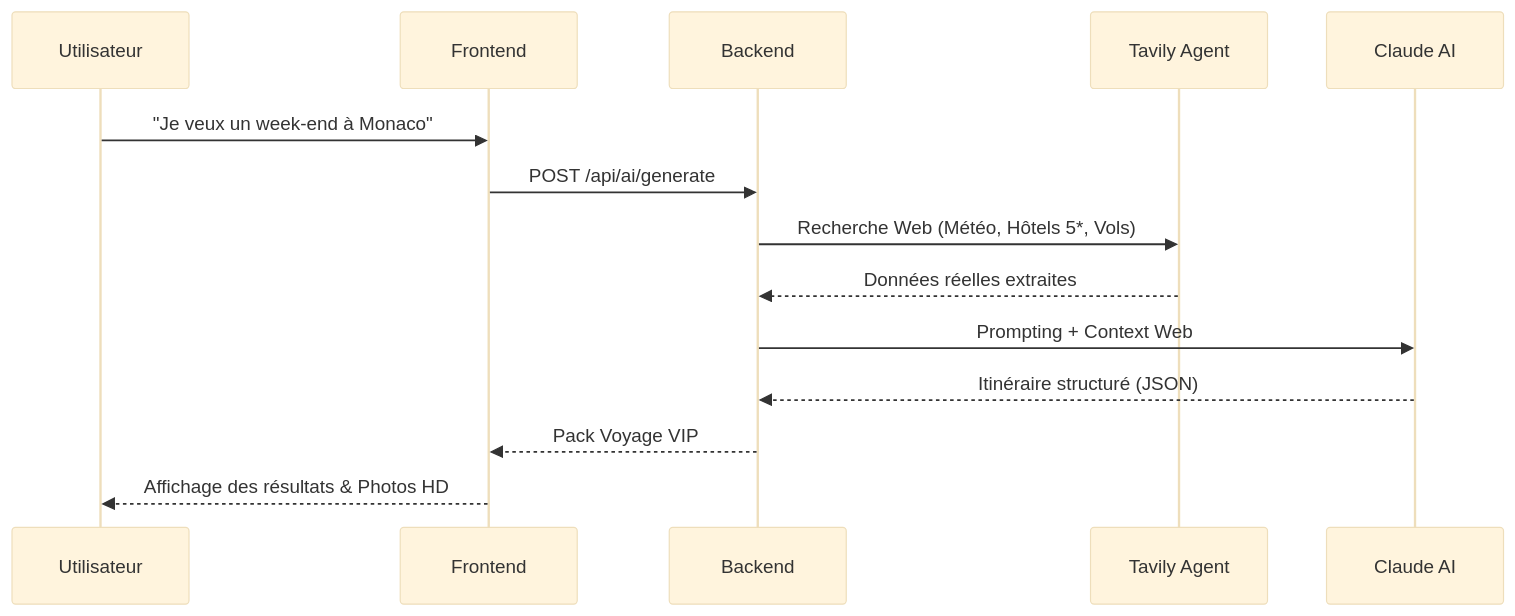
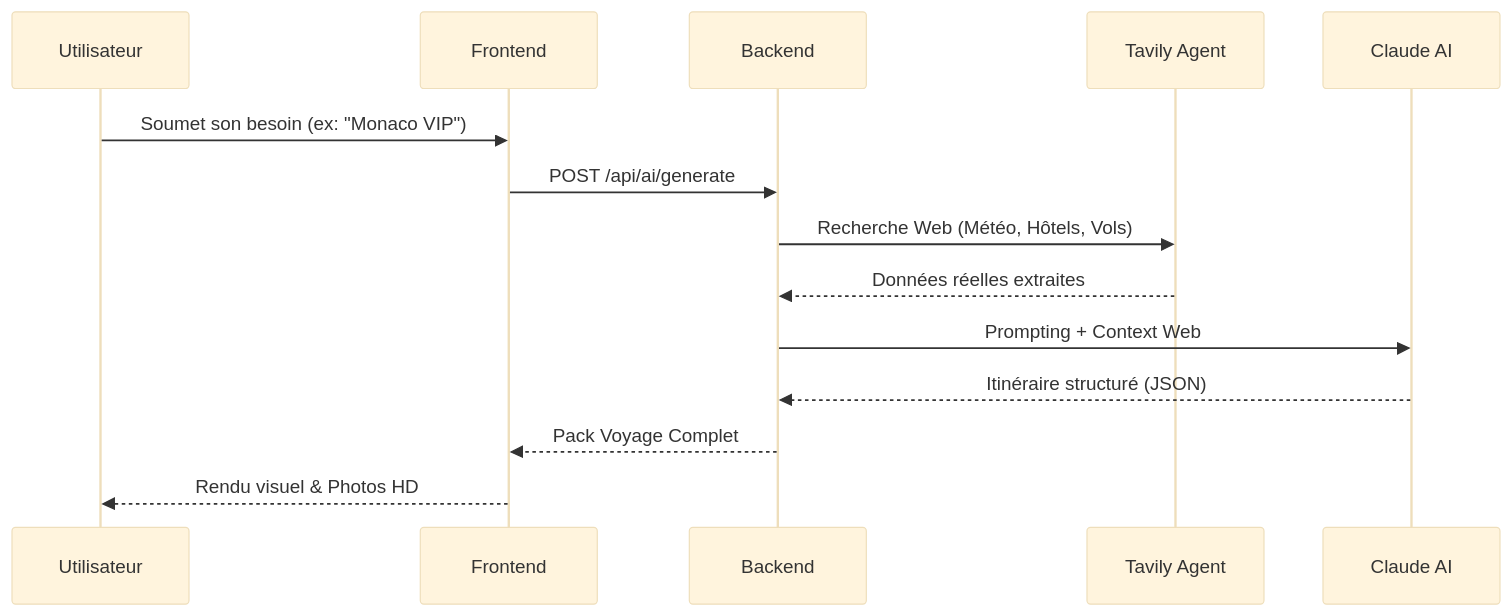
One commit to loties1533/tripgenie changed the fourth of 6 diagrams in docs/PORTFOLIO_TECH_DOC.md. Above: the diagram before and after it, drawn with Mermaid (base theme). The commit also changed other lines of this file, not shown here.

Commit message:
docs: added sequence diagrams for Auth and Save Trip use cases

````diff
--- a/docs/PORTFOLIO_TECH_DOC.md
+++ b/docs/PORTFOLIO_TECH_DOC.md
@@ -137,17 +139,17 @@
 ```mermaid
 sequenceDiagram
     participant U as Utilisateur
     participant F as Frontend
     participant B as Backend
     participant T as Tavily Agent
     participant C as Claude AI
 
-    U->>F: "Je veux un week-end à Monaco"
+    U->>F: Soumet son besoin (ex: "Monaco VIP")
     F->>B: POST /api/ai/generate
-    B->>T: Recherche Web (Météo, Hôtels 5*, Vols)
+    B->>T: Recherche Web (Météo, Hôtels, Vols)
     T-->>B: Données réelles extraites
     B->>C: Prompting + Context Web
     C-->>B: Itinéraire structuré (JSON)
-    B-->>F: Pack Voyage VIP
-    F-->>U: Affichage des résultats & Photos HD
+    B-->>F: Pack Voyage Complet
+    F-->>U: Rendu visuel & Photos HD
 ```
````
